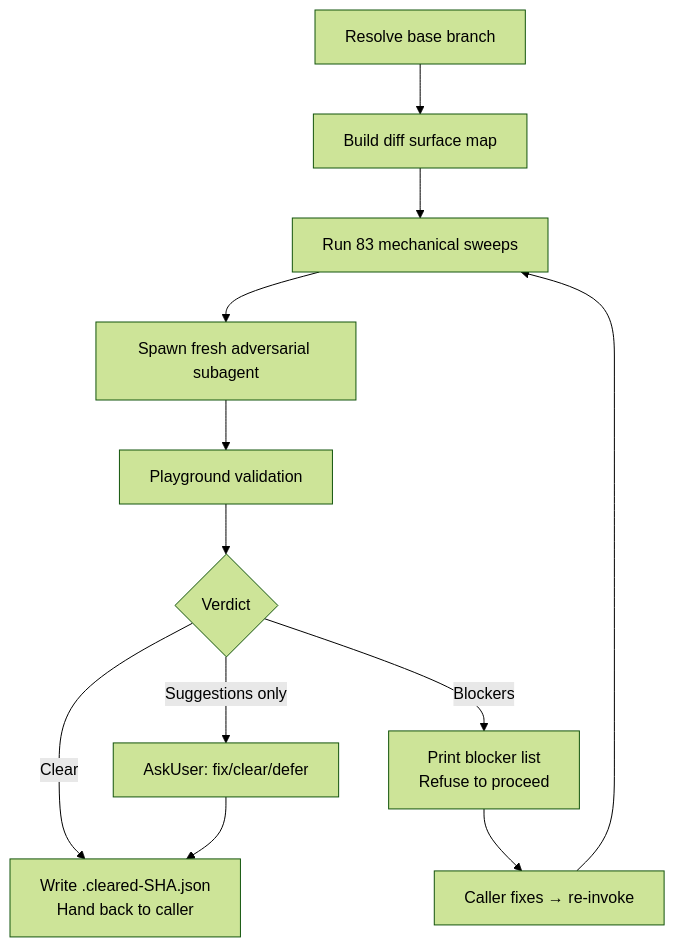
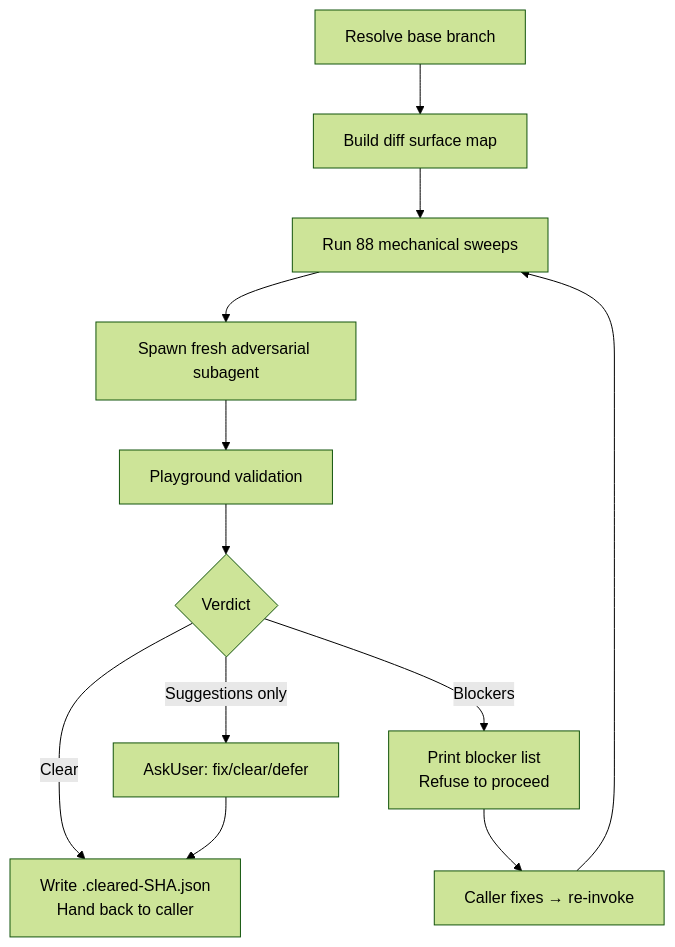
One commit to whizzzkid/skills changed the diagram in skills/adversarial-review/README.md. Above: the diagram before and after it, drawn with Mermaid (forest theme). The commit also changed other lines of this file and 4 other files, not shown here.

First line of the commit message:
feat(skills): 🚀 adversarial-review two new mechanical sweeps (schema-version merge conflict, type-guard fixture no-op)

````diff
--- a/skills/adversarial-review/README.md
+++ b/skills/adversarial-review/README.md
@@ -16,14 +16,14 @@
 ```mermaid
 flowchart TD
     A[Resolve base branch] --> B[Build diff surface map]
-    B --> C[Run 83 mechanical sweeps]
+    B --> C[Run 88 mechanical sweeps]
     C --> D[Spawn fresh adversarial subagent]
     D --> E[Playground validation]
     E --> F{Verdict}
     F -->|Clear| G[Write .cleared-SHA.json<br/>Hand back to caller]
     F -->|Blockers| H[Print blocker list<br/>Refuse to proceed]
     F -->|Suggestions only| I[AskUser: fix/clear/defer]
     H --> J[Caller fixes → re-invoke]
     J --> C
     I --> G
 ```
````
